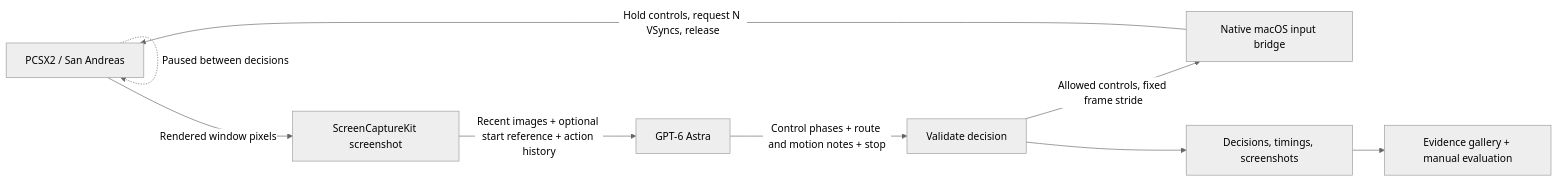
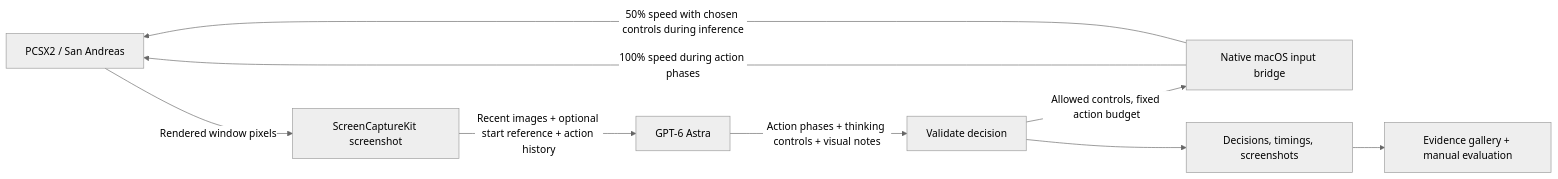
The diagram in README.md (PandelisZ/gta-san-astra), drawn with Mermaid (neutral theme) before and after one commit. The commit also changed other lines of this file, not shown here.

Commit message:
Describe current flow timing and phase observations in README

````diff
--- a/README.md
+++ b/README.md
@@ -94,11 +94,11 @@
 ```mermaid
 flowchart LR
     G[PCSX2 / San Andreas] -->|Rendered window pixels| S[ScreenCaptureKit screenshot]
     S -->|Recent images + optional start reference + action history| A[GPT-6 Astra]
-    A -->|Control phases + route and motion notes + stop| V[Validate decision]
-    V -->|Allowed controls, fixed frame stride| B[Native macOS input bridge]
-    B -->|Hold controls, request N VSyncs, release| G
-    G -.->|Paused between decisions| G
+    A -->|Action phases + thinking controls + visual notes| V[Validate decision]
+    V -->|Allowed controls, fixed action budget| B[Native macOS input bridge]
+    B -->|100% speed during action phases| G
+    B -->|50% speed with chosen controls during inference| G
     V --> E[Decisions, timings, screenshots]
     E --> R[Evidence gallery + manual evaluation]
 ```
````
